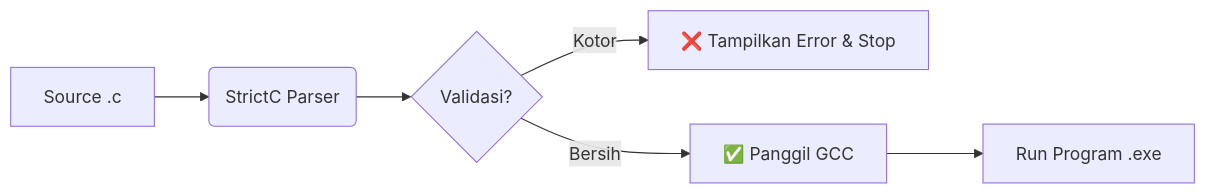
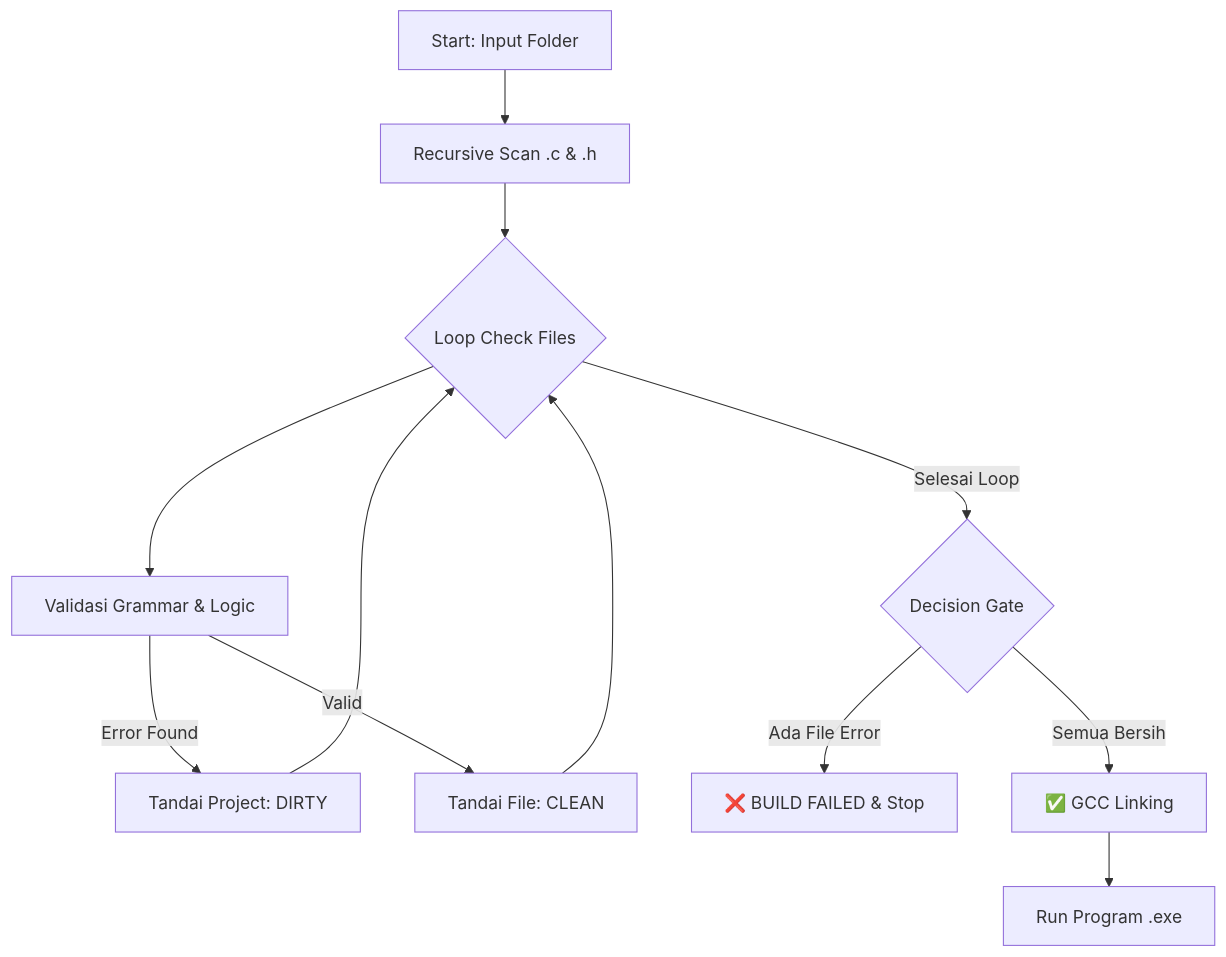
Before and after one commit to PedjuangMartabak/Strict-C: the diagram in README.md, drawn with Mermaid. The commit also changed other lines of this file, not shown here.

````diff
--- a/README.md
+++ b/README.md
@@ -50,8 +50,14 @@
 ```mermaid
-graph LR
-A[Source .c] --> B(StrictC Parser)
-B --> C{Validasi?}
-C -- Kotor --> D[❌ Tampilkan Error & Stop]
-C -- Bersih --> E[✅ Panggil GCC]
-E --> F[Run Program .exe]
+graph TD
+    A[Start: Input Folder] --> B[Recursive Scan .c & .h]
+    B --> C{Loop Check Files}
+    C --> D[Validasi Grammar & Logic]
+    D -- Error Found --> E[Tandai Project: DIRTY]
+    D -- Valid --> F[Tandai File: CLEAN]
+    F --> C
+    E --> C
+    C -- Selesai Loop --> G{Decision Gate}
+    G -- Ada File Error --> H[❌ BUILD FAILED & Stop]
+    G -- Semua Bersih --> I[✅ GCC Linking]
+    I --> J[Run Program .exe]
 ```
````
